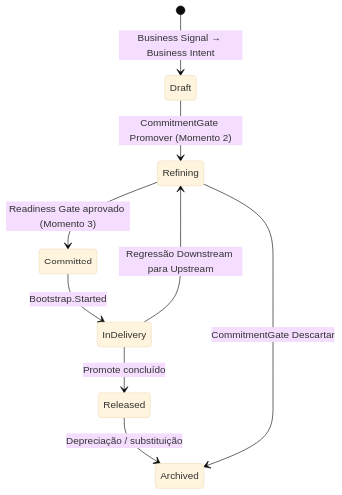
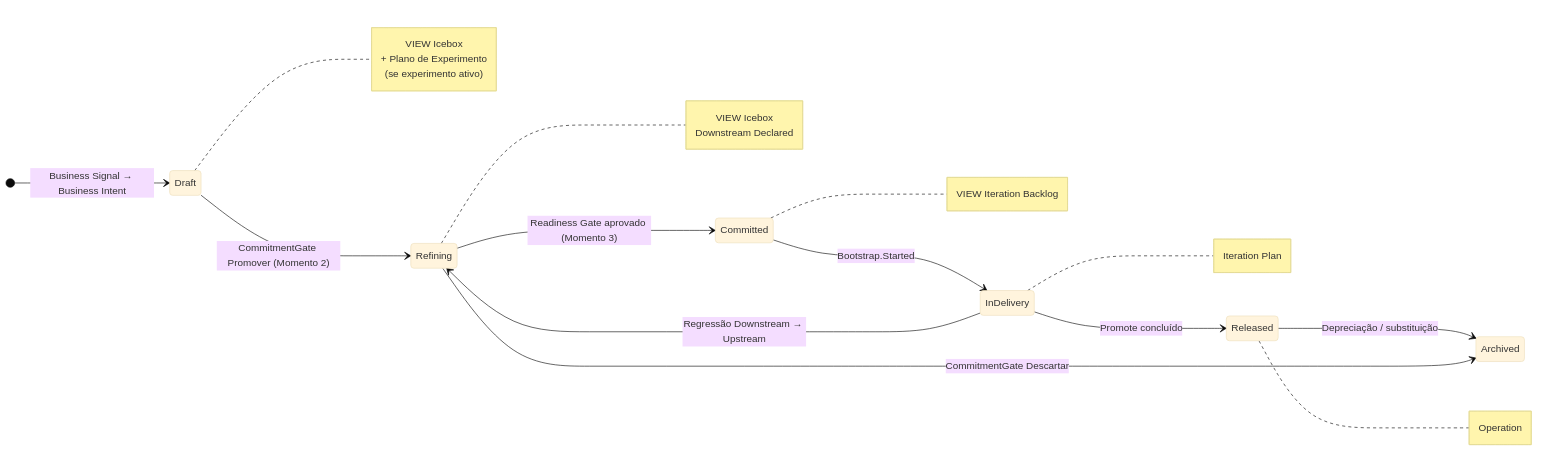
One commit to produtoreativo/from-intent-to-outcome changed the first of 2 diagrams in capitulo-08.md. Above: the diagram before and after it, drawn with Mermaid (base theme). The commit also changed 5 other files, not shown here.

First line of the commit message:
feat(book): adiciona diagramas de backlogs em caps 3, 5 e 8 (PT+EN)

````diff
--- a/capitulo-08.md
+++ b/capitulo-08.md
@@ -46,11 +46,31 @@
 ```mermaid
 stateDiagram-v2
+    direction LR
     [*] --> Draft : Business Signal → Business Intent
     Draft --> Refining : CommitmentGate Promover (Momento 2)
     Refining --> Committed : Readiness Gate aprovado (Momento 3)
     Committed --> InDelivery : Bootstrap.Started
     InDelivery --> Released : Promote concluído
     Released --> Archived : Depreciação / substituição
     Refining --> Archived : CommitmentGate Descartar
-    InDelivery --> Refining : Regressão Downstream para Upstream
+    InDelivery --> Refining : Regressão Downstream → Upstream
+
+    note right of Draft
+        VIEW Icebox
+        + Plano de Experimento
+        (se experimento ativo)
+    end note
+    note right of Refining
+        VIEW Icebox
+        Downstream Declared
+    end note
+    note right of Committed
+        VIEW Iteration Backlog
+    end note
+    note right of InDelivery
+        Iteration Plan
+    end note
+    note right of Released
+        Operation
+    end note
 ```
````
